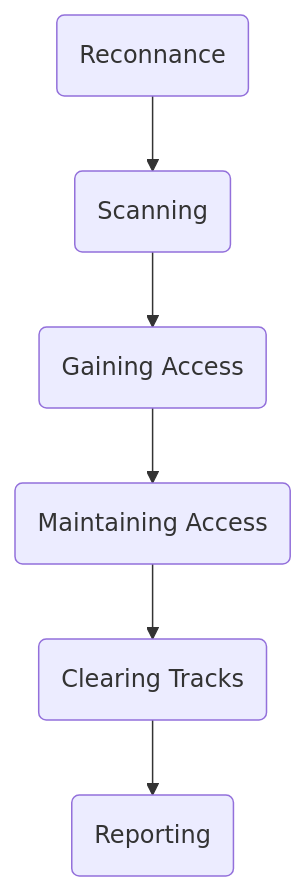
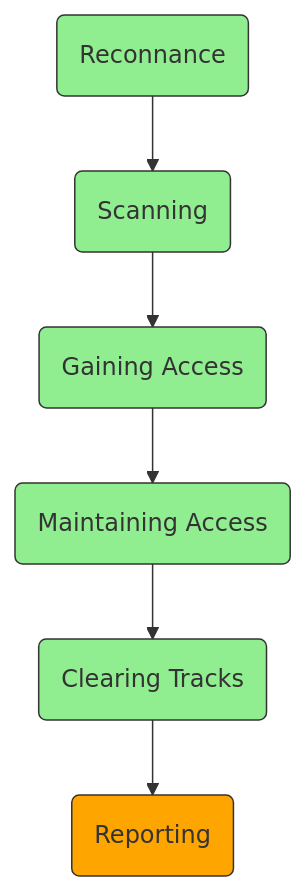
One commit to 000Sushant/hacking_windows7_using_metasploit changed the second of 2 diagrams in README.md. Above: the diagram before and after it, drawn with Mermaid. The commit also changed other lines of this file, not shown here.

````diff
--- a/README.md
+++ b/README.md
@@ -14,9 +23,15 @@
 ```mermaid
-
 graph TB
 A(Reconnance) --> B(Scanning)
 B --> C(Gaining Access)
 C --> D(Maintaining Access)
 D --> E(Clearing Tracks)
 E --> F(Reporting)
+
+style A fill:lightgreen,stroke:#333,stroke-width:1px
+style B fill:lightgreen,stroke:#333,stroke-width:1px
+style C fill:lightgreen,stroke:#333,stroke-width:1px
+style D fill:lightgreen,stroke:#333,stroke-width:1px
+style E fill:lightgreen,stroke:#333,stroke-width:1px
+style F fill:orange,stroke:#333,stroke-width:1px
 ```
````
